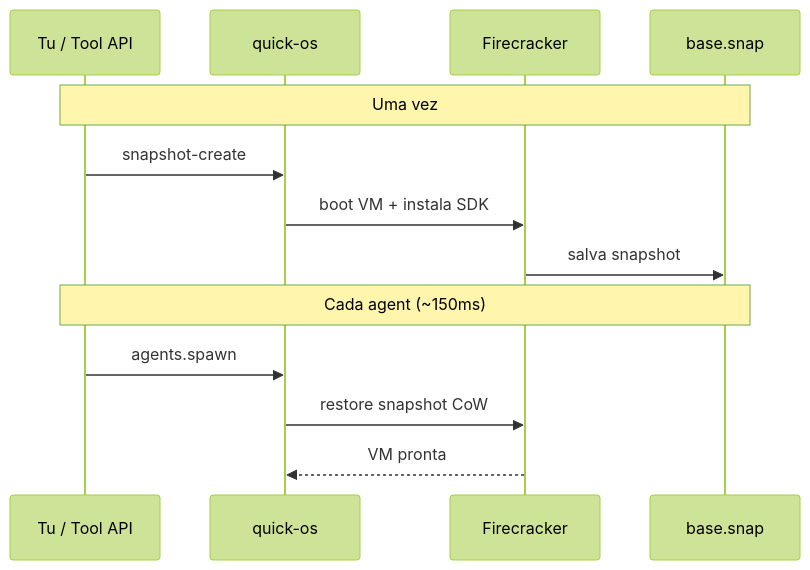
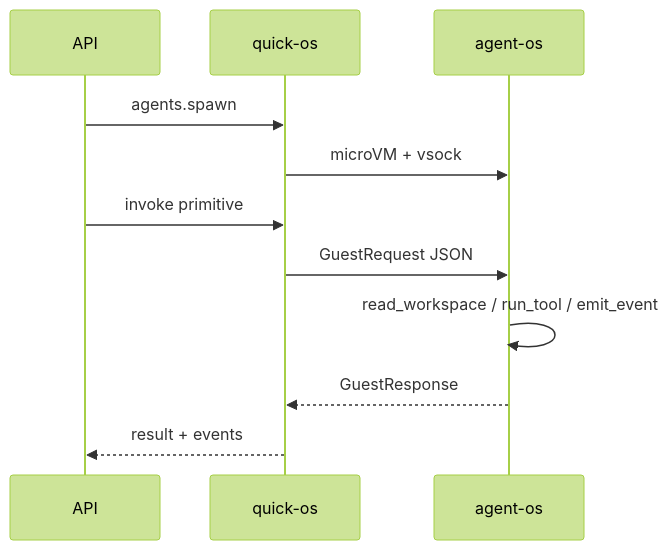
One commit to MatheusOliveiraSilva/quick-os changed the diagram in REVIEW.md. Above: the diagram before and after it, drawn with Mermaid (forest theme). The commit also changed other lines of this file and 20 other files, not shown here.

First line of the commit message:
feat: pivot to agent-os guest runtime (Path A)

````diff
--- a/REVIEW.md
+++ b/REVIEW.md
@@ -40,17 +20,14 @@
 ```mermaid
 sequenceDiagram
-    participant U as Tu / Tool API
-    participant D as quick-os
-    participant FC as Firecracker
-    participant S as base.snap
+    participant Dev as API
+    participant Host as quick-os
+    participant Guest as agent-os
 
-    Note over U,S: Uma vez
-    U->>D: snapshot-create
-    D->>FC: boot VM + instala SDK
-    FC->>S: salva snapshot
-
-    Note over U,S: Cada agent (~150ms)
-    U->>D: agents.spawn
-    D->>FC: restore snapshot CoW
-    FC-->>D: VM pronta
+    Dev->>Host: agents.spawn
+    Host->>Guest: microVM + vsock
+    Dev->>Host: invoke primitive
+    Host->>Guest: GuestRequest JSON
+    Guest->>Guest: read_workspace / run_tool / emit_event
+    Guest-->>Host: GuestResponse
+    Host-->>Dev: result + events
 ```
````
